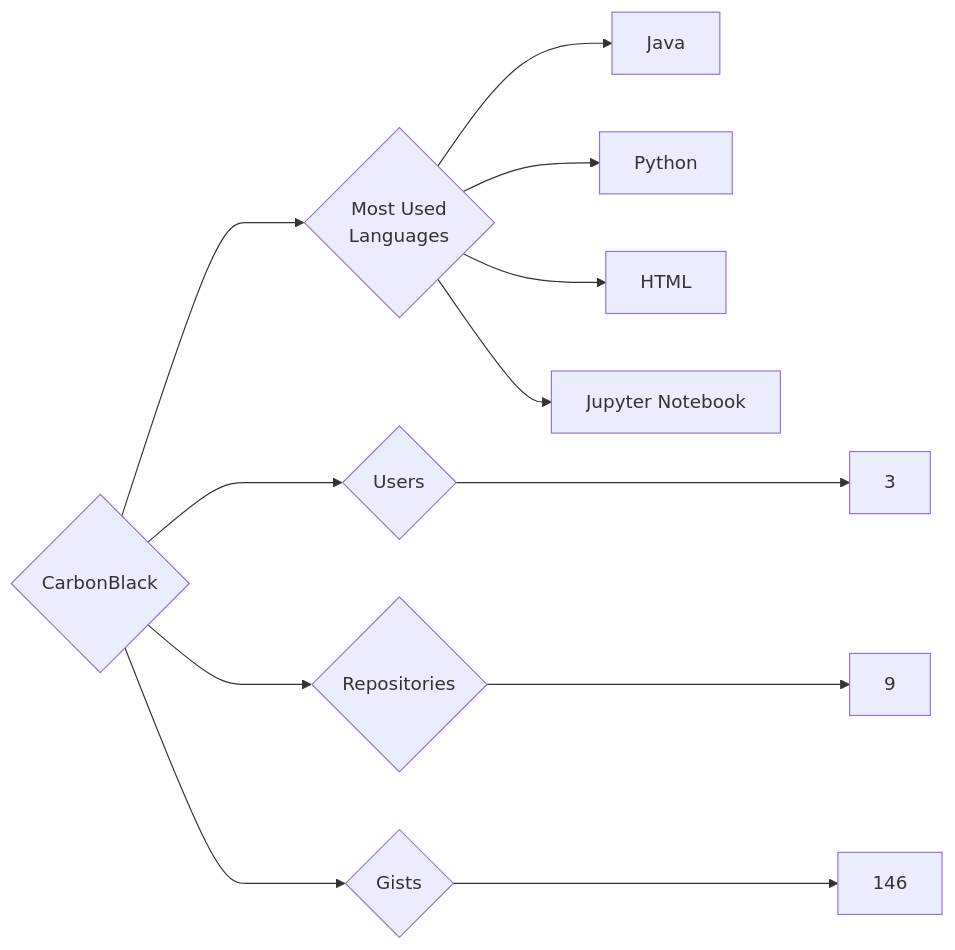
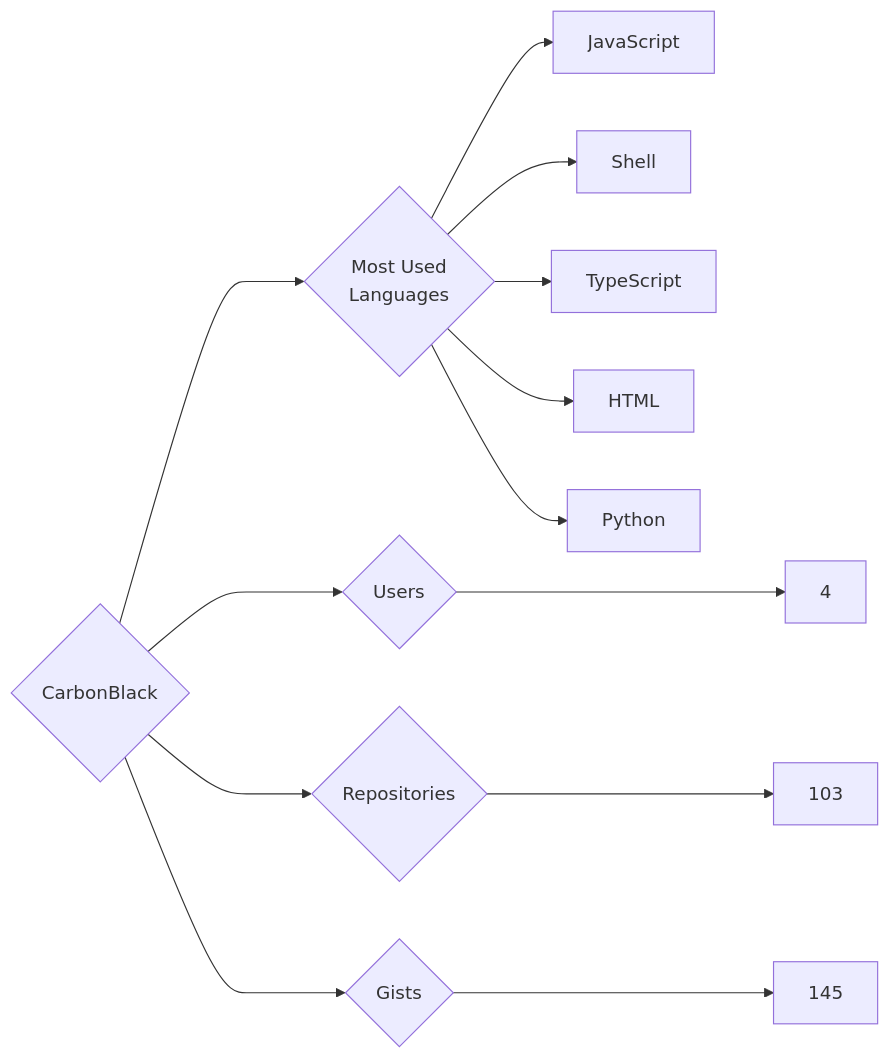
Before and after one commit to trickest/insiders: the diagram in targets/CarbonBlack/README.md, drawn with Mermaid. The commit also changed 1167 other files, not shown here.

````diff
--- a/targets/CarbonBlack/README.md
+++ b/targets/CarbonBlack/README.md
@@ -3,12 +3,13 @@
 ```mermaid
 graph LR
 COMPANY_NAME{CarbonBlack}
-COMPANY_NAME ---> U{Users} ---> UN[3]
-COMPANY_NAME ---> R{Repositories} ---> RN[9]
-COMPANY_NAME ---> G{Gists} ---> GN[146]
+COMPANY_NAME ---> U{Users} ---> UN[4]
+COMPANY_NAME ---> R{Repositories} ---> RN[103]
+COMPANY_NAME ---> G{Gists} ---> GN[145]
 COMPANY_NAME ---> ML{Most Used<br>Languages}
-ML --> Java[Java]
+ML --> JavaScript[JavaScript]
+ML --> Shell[Shell]
+ML --> TypeScript[TypeScript]
+ML --> HTML[HTML]
 ML --> Python[Python]
-ML --> HTML[HTML]
-ML --> Jupyter_Notebook[Jupyter Notebook]
 ```
````
